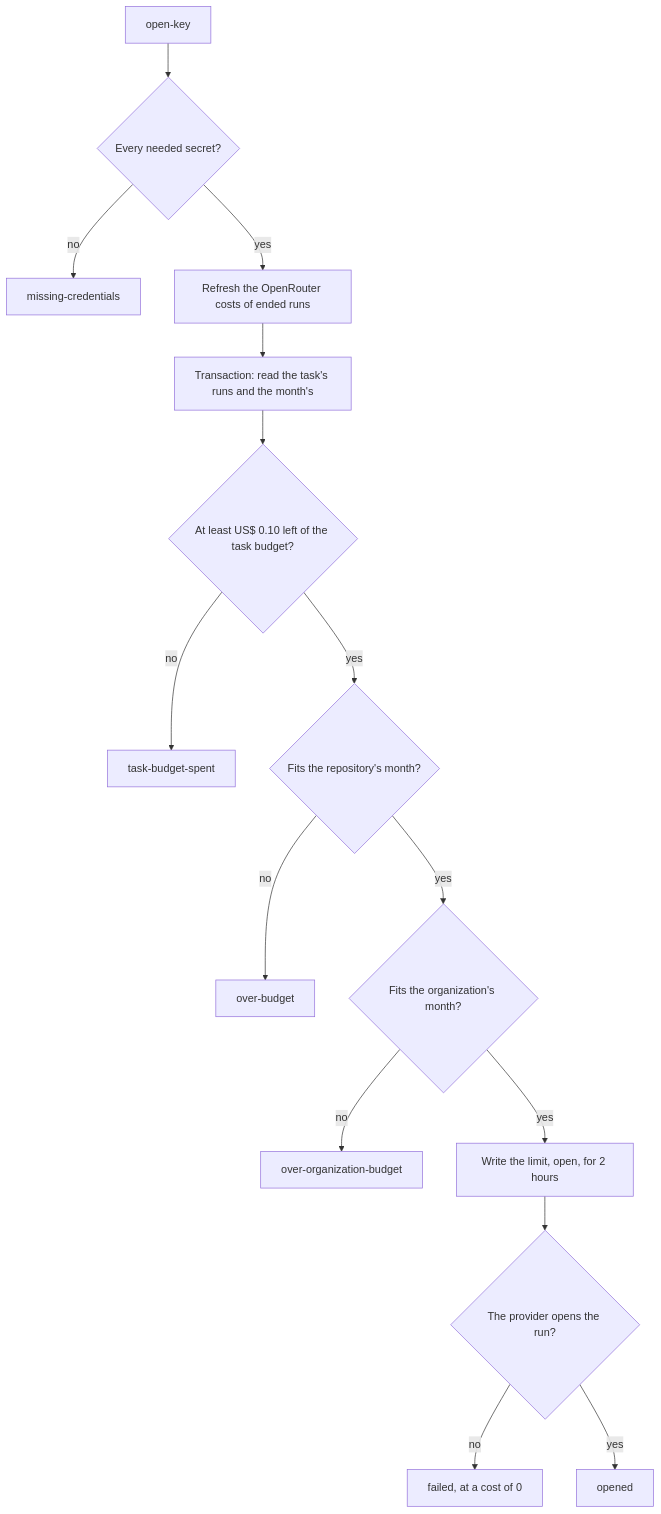
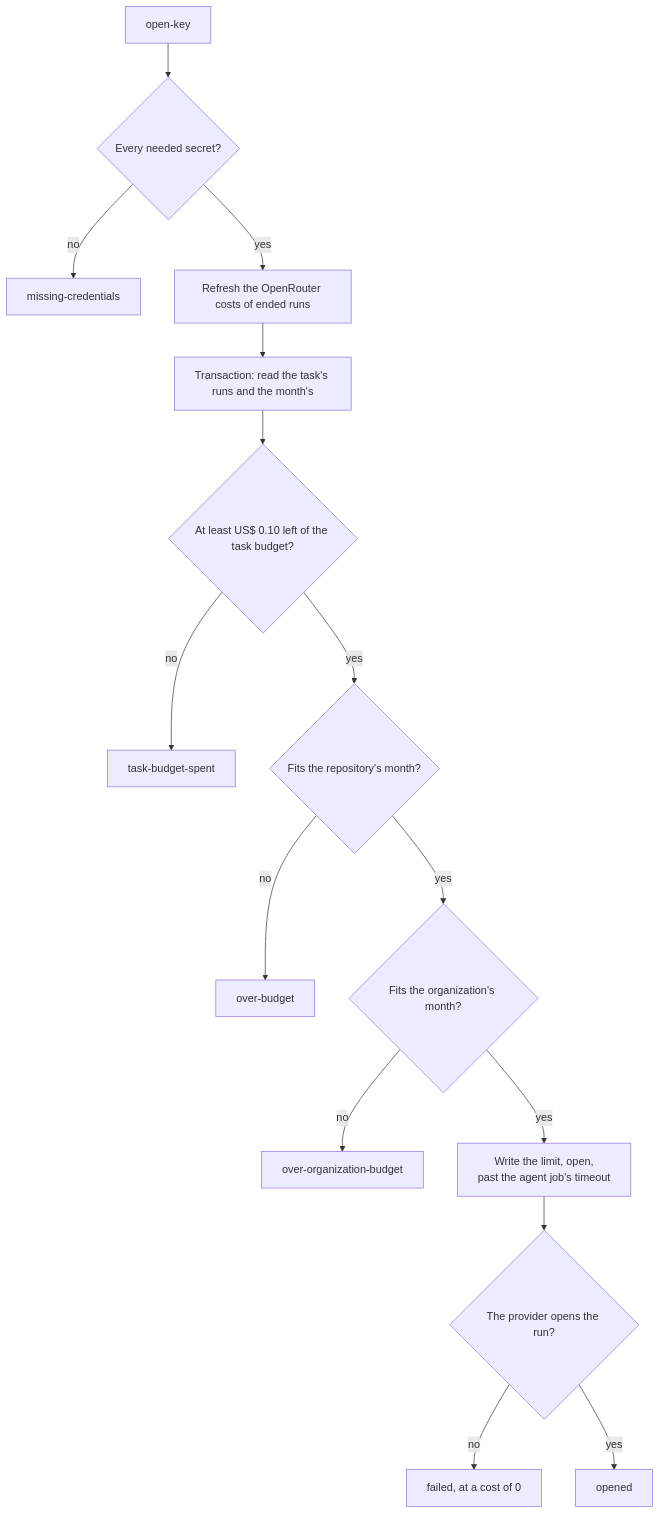
One commit to codenergy-dev/codeman changed the first of 2 diagrams in docs/budget/budget.md. Above: the diagram before and after it, drawn with Mermaid. The commit also changed other lines of this file and 57 other files, not shown here.

First line of the commit message:
Make the agent's time a setting, and wrap up after a timeout

````diff
--- a/docs/budget/budget.md
+++ b/docs/budget/budget.md
@@ -52,17 +52,17 @@
 ```mermaid
 flowchart TD
   start["open-key"] --> secrets{"Every needed secret?"}
   secrets -- no --> missing["missing-credentials"]
   secrets -- yes --> refresh["Refresh the OpenRouter costs of ended runs"]
   refresh --> read["Transaction: read the task's runs and the month's"]
   read --> task{"At least US$ 0.10 left of the task budget?"}
   task -- no --> spent["task-budget-spent"]
   task -- yes --> month{"Fits the repository's month?"}
   month -- no --> over["over-budget"]
   month -- yes --> org{"Fits the organization's month?"}
   org -- no --> overOrg["over-organization-budget"]
-  org -- yes --> write["Write the limit, open, for 2 hours"]
+  org -- yes --> write["Write the limit, open,<br/>past the agent job's timeout"]
   write --> provider{"The provider opens the run?"}
   provider -- no --> failed["failed, at a cost of 0"]
   provider -- yes --> opened["opened"]
 ```
````
